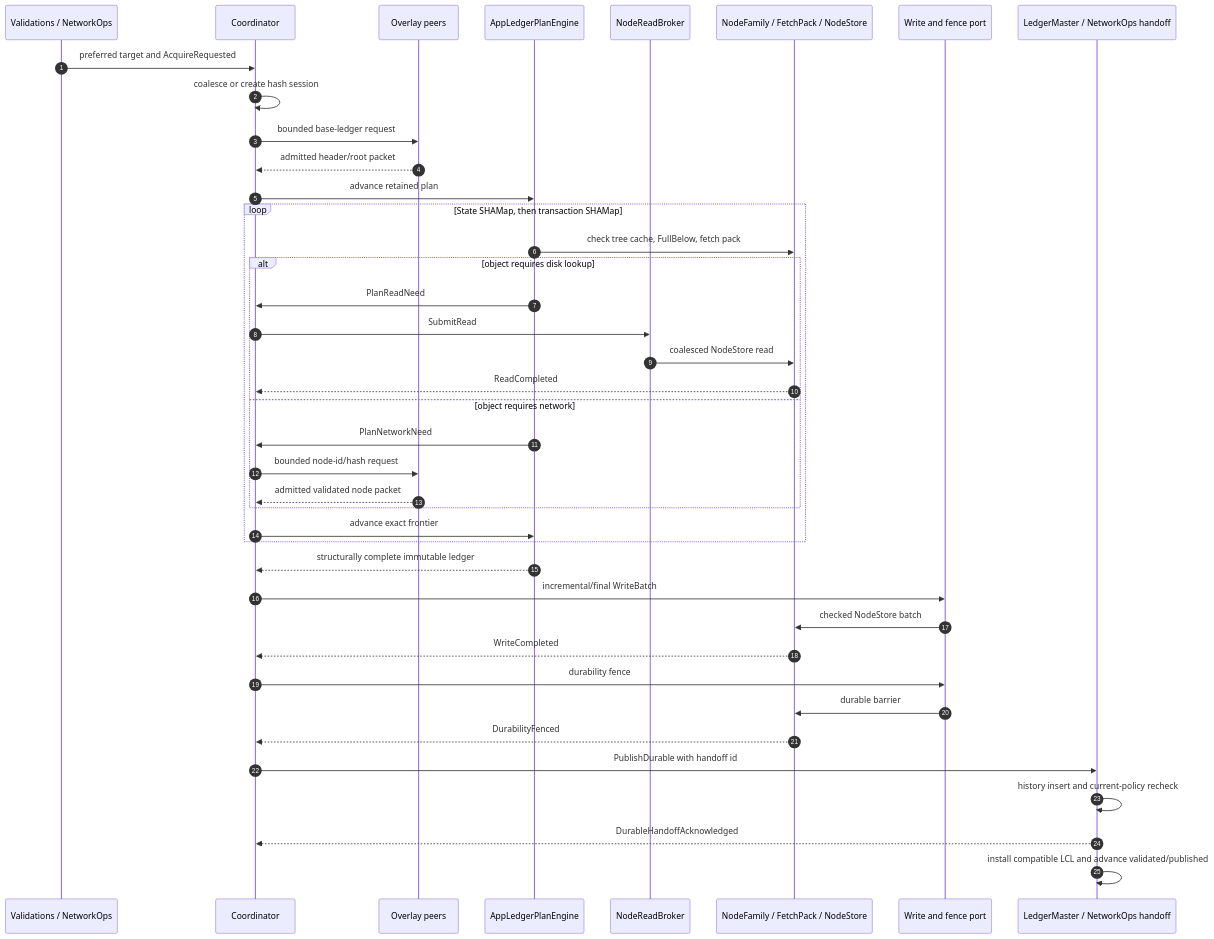
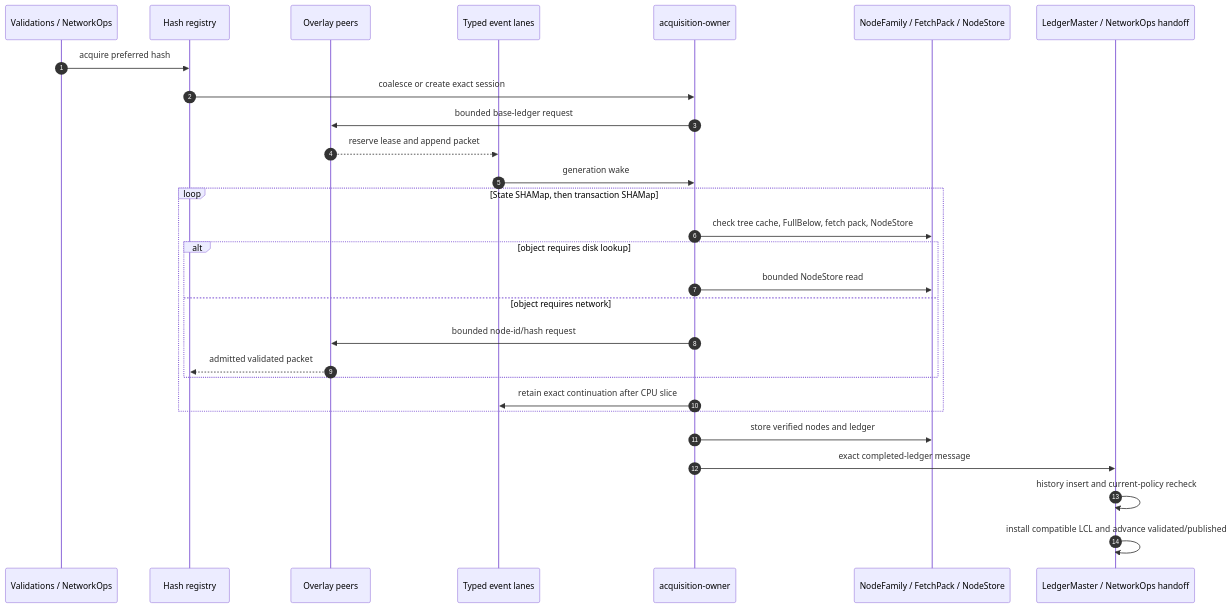
Before and after one commit to TusharPardhe/quaxar: the sixth of 10 diagrams in docs/ACQUISITION.md, drawn with Mermaid. The commit also changed other lines of this file and 204 other files, not shown here.

````diff
--- a/docs/ACQUISITION.md
+++ b/docs/ACQUISITION.md
@@ -262,43 +248,31 @@
 ```mermaid
 sequenceDiagram
     autonumber
     participant V as Validations / NetworkOps
-    participant C as Coordinator
+    participant R as Hash registry
     participant O as Overlay peers
-    participant E as AppLedgerPlanEngine
-    participant B as NodeReadBroker
+    participant Q as Typed event lanes
+    participant W as acquisition-owner
     participant N as NodeFamily / FetchPack / NodeStore
-    participant W as Write and fence port
     participant L as LedgerMaster / NetworkOps handoff
 
-    V->>C: preferred target and AcquireRequested
-    C->>C: coalesce or create hash session
-    C->>O: bounded base-ledger request
-    O-->>C: admitted header/root packet
-    C->>E: advance retained plan
+    V->>R: acquire preferred hash
+    R->>W: coalesce or create exact session
+    W->>O: bounded base-ledger request
+    O-->>Q: reserve lease and append packet
+    Q->>W: generation wake
     loop State SHAMap, then transaction SHAMap
-        E->>N: check tree cache, FullBelow, fetch pack
+        W->>N: check tree cache, FullBelow, fetch pack, NodeStore
         alt object requires disk lookup
-            E->>C: PlanReadNeed
-            C->>B: SubmitRead
-            B->>N: coalesced NodeStore read
-            N-->>C: ReadCompleted
+            W->>N: bounded NodeStore read
         else object requires network
-            E->>C: PlanNetworkNeed
-            C->>O: bounded node-id/hash request
-            O-->>C: admitted validated node packet
+            W->>O: bounded node-id/hash request
+            O-->>R: admitted validated packet
         end
-        C->>E: advance exact frontier
+        W->>Q: retain exact continuation after CPU slice
     end
-    E-->>C: structurally complete immutable ledger
-    C->>W: incremental/final WriteBatch
-    W->>N: checked NodeStore batch
-    N-->>C: WriteCompleted
-    C->>W: durability fence
-    W->>N: durable barrier
-    N-->>C: DurabilityFenced
-    C->>L: PublishDurable with handoff id
+    W->>N: store verified nodes and ledger
+    W->>L: exact completed-ledger message
     L->>L: history insert and current-policy recheck
-    L-->>C: DurableHandoffAcknowledged
     L->>L: install compatible LCL and advance validated/published
 ```
````
